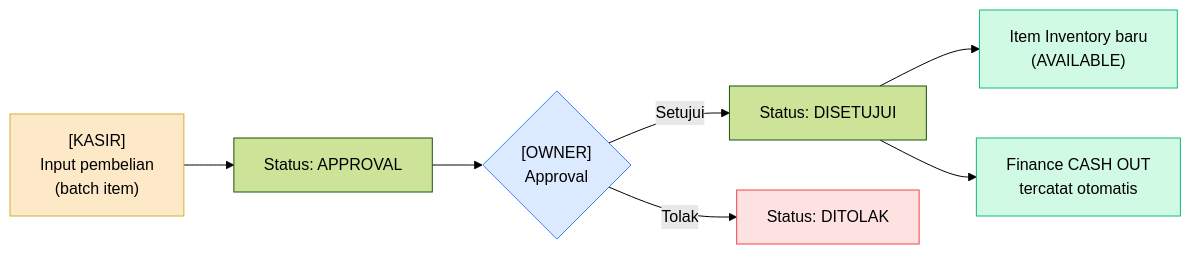
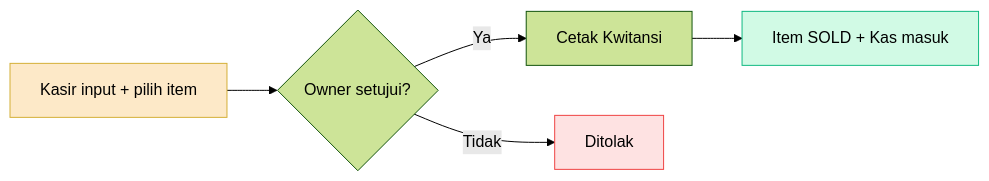
One commit to Armand96/toko_emas changed the third of 8 diagrams in MANUAL_BOOK.md. Above: the diagram before and after it, drawn with Mermaid (forest theme). The commit also changed other lines of this file and 14 other files, not shown here.

````diff
--- a/MANUAL_BOOK.md
+++ b/MANUAL_BOOK.md
@@ -288,14 +136,10 @@
 ```mermaid
 flowchart LR
-    A["[KASIR]<br/>Input pembelian<br/>(batch item)"] --> B["Status: APPROVAL"]
-    B --> C{"[OWNER]<br/>Approval"}
-    C -->|Setujui| D["Status: DISETUJUI"]
-    D --> E["Item Inventory baru<br/>(AVAILABLE)"]
-    D --> F["Finance CASH OUT<br/>tercatat otomatis"]
-    C -->|Tolak| G["Status: DITOLAK"]
+    A[Kasir input + pilih item] --> B{Owner setujui?}
+    B -->|Ya| C[Cetak Kwitansi]
+    C --> D[Item SOLD + Kas masuk]
+    B -->|Tidak| E[Ditolak]
     style A fill:#fde9c8,stroke:#d4af37
-    style C fill:#dbeafe,stroke:#3b82f6
-    style E fill:#d1fae5,stroke:#10b981
-    style F fill:#d1fae5,stroke:#10b981
-    style G fill:#fee2e2,stroke:#ef4444
+    style D fill:#d1fae5,stroke:#10b981
+    style E fill:#fee2e2,stroke:#ef4444
 ```
````
